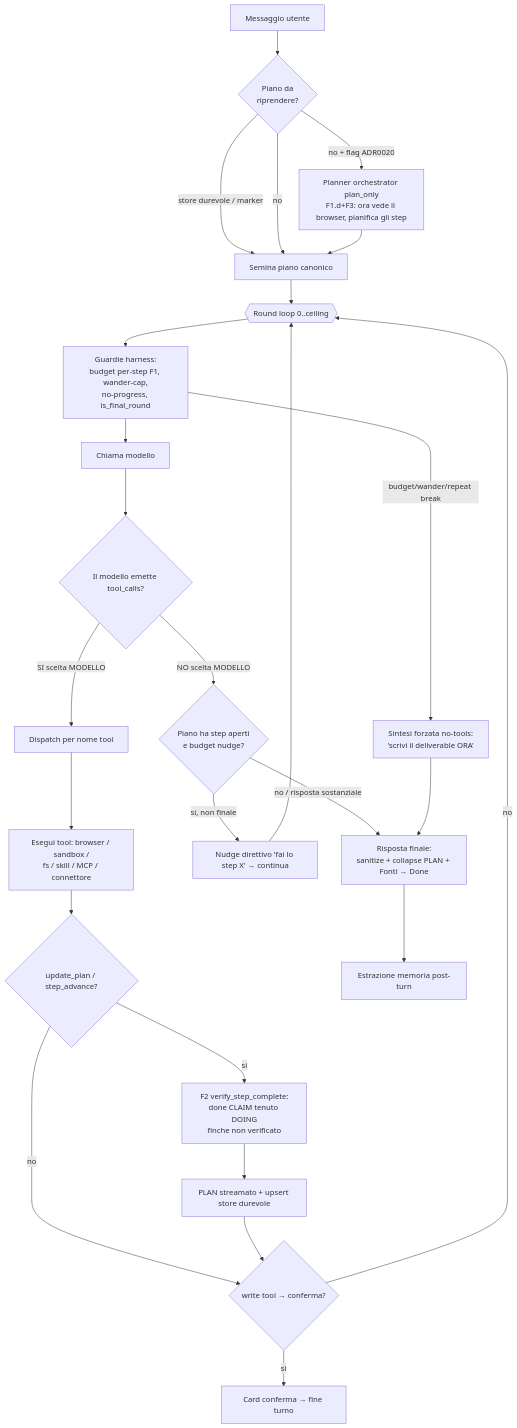
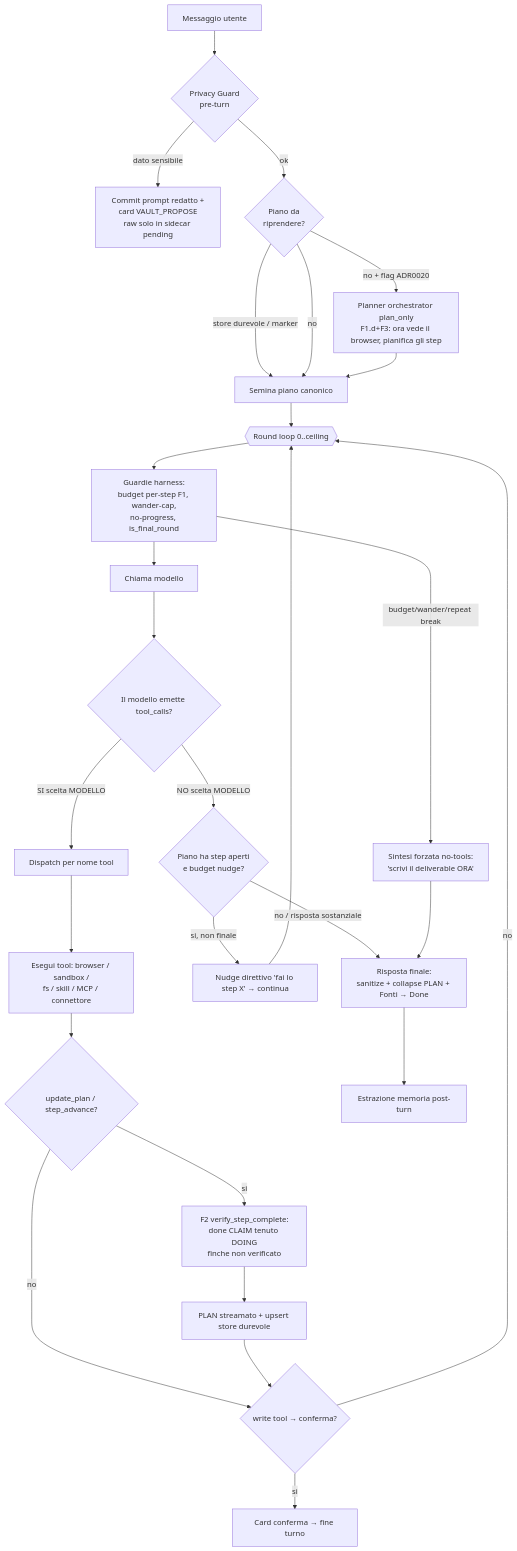
Before and after one commit to homun-app/homun-core: the diagram in docs/architecture/agent-loop.md, drawn with Mermaid. The commit also changed other lines of this file and 10 other files, not shown here.

Commit message:
feat: add pre-turn privacy guard for vault

````diff
--- a/docs/architecture/agent-loop.md
+++ b/docs/architecture/agent-loop.md
@@ -20,32 +21,34 @@
 ```mermaid
 flowchart TD
-    REQ[Messaggio utente] --> SEED{Piano da<br/>riprendere?}
+    REQ[Messaggio utente] --> PRIV{Privacy Guard<br/>pre-turn}
+    PRIV -- "dato sensibile" --> VAULT[Commit prompt redatto +<br/>card VAULT_PROPOSE<br/>raw solo in sidecar pending]
+    PRIV -- "ok" --> SEED{Piano da<br/>riprendere?}
     SEED -- "store durevole / marker" --> PLAN0[Semina piano canonico]
     SEED -- "no + flag ADR0020" --> ORCH[Planner orchestrator plan_only<br/>F1.d+F3: ora vede il browser, pianifica gli step]
     SEED -- no --> PLAN0
     ORCH --> PLAN0
     PLAN0 --> LOOP{{Round loop 0..ceiling}}
 
     LOOP --> GUARD[Guardie harness:<br/>budget per-step F1, wander-cap,<br/>no-progress, is_final_round]
     GUARD -- "budget/wander/repeat break" --> SYNTH
     GUARD --> CALL[Chiama modello]
     CALL --> FORK{Il modello emette tool_calls?}
 
     FORK -- "SI scelta MODELLO" --> DISP[Dispatch per nome tool]
     DISP --> EXEC[Esegui tool: browser / sandbox /<br/>fs / skill / MCP / connettore]
     EXEC --> PLANUPD{update_plan / step_advance?}
     PLANUPD -- si --> F2[F2 verify_step_complete:<br/>done CLAIM tenuto DOING<br/>finche non verificato]
     F2 --> MARK[PLAN streamato + upsert store durevole]
     PLANUPD -- no --> CONFIRM{write tool → conferma?}
     MARK --> CONFIRM
     CONFIRM -- "si" --> ENDC[Card conferma → fine turno]
     CONFIRM -- no --> LOOP
 
     FORK -- "NO scelta MODELLO" --> NUDGE{Piano ha step aperti<br/>e budget nudge?}
     NUDGE -- "si, non finale" --> DIR[Nudge direttivo 'fai lo step X' → continua]
     DIR --> LOOP
     NUDGE -- "no / risposta sostanziale" --> FINAL[Risposta finale:<br/>sanitize + collapse PLAN + Fonti → Done]
 
     SYNTH[Sintesi forzata no-tools:<br/>'scrivi il deliverable ORA'] --> FINAL
     FINAL --> MEM[Estrazione memoria post-turn]
 ```
````
